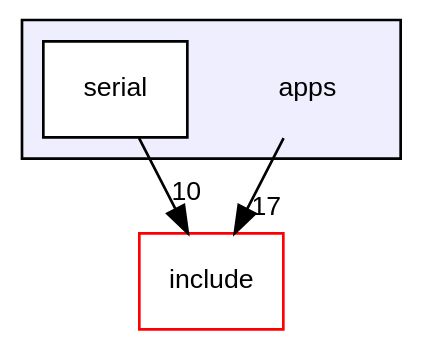
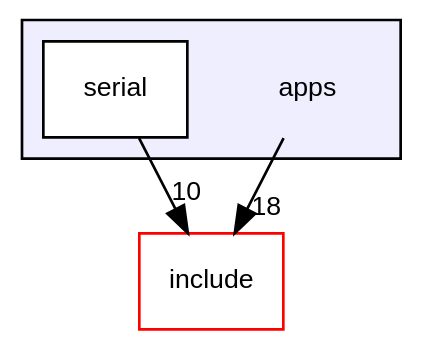
The diagram in dir_9654b8d08f4bba4e84b362c5fd320bee_dep.dot (luca-heltai/fsi-suite), drawn with Graphviz before and after one commit. The commit also changed 598 other files, not shown here.

```diff
--- a/dir_9654b8d08f4bba4e84b362c5fd320bee_dep.dot
+++ b/dir_9654b8d08f4bba4e84b362c5fd320bee_dep.dot
@@ -1,14 +1,14 @@
 digraph "apps" {
   bgcolor=transparent;
   compound=true
   node [ fontsize="10", fontname="Helvetica"];
   edge [ labelfontsize="10", labelfontname="Helvetica"];
   subgraph clusterdir_9654b8d08f4bba4e84b362c5fd320bee {
     graph [ bgcolor="#eeeeff", pencolor="black", label="" URL="dir_9654b8d08f4bba4e84b362c5fd320bee.html"];
     dir_9654b8d08f4bba4e84b362c5fd320bee [shape=plaintext label="apps"];
     dir_e7245891811a18a2b76d3fc59ab1e2d7 [shape=box label="serial" color="black" fillcolor="white" style="filled" URL="dir_e7245891811a18a2b76d3fc59ab1e2d7.html"];
   }
   dir_d44c64559bbebec7f509842c48db8b23 [shape=box label="include" color="red" URL="dir_d44c64559bbebec7f509842c48db8b23.html"];
   dir_e7245891811a18a2b76d3fc59ab1e2d7->dir_d44c64559bbebec7f509842c48db8b23 [headlabel="10", labeldistance=1.5 headhref="dir_000011_000002.html"];
-  dir_9654b8d08f4bba4e84b362c5fd320bee->dir_d44c64559bbebec7f509842c48db8b23 [headlabel="17", labeldistance=1.5 headhref="dir_000000_000002.html"];
+  dir_9654b8d08f4bba4e84b362c5fd320bee->dir_d44c64559bbebec7f509842c48db8b23 [headlabel="18", labeldistance=1.5 headhref="dir_000000_000002.html"];
 }
```
